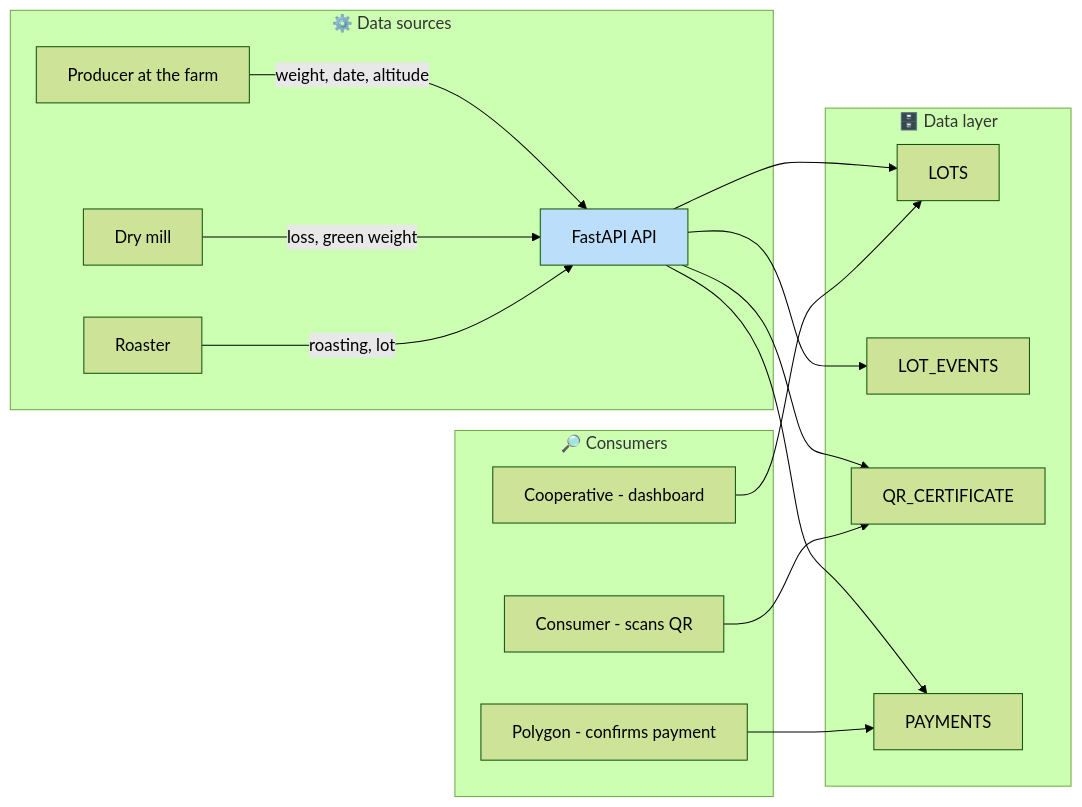
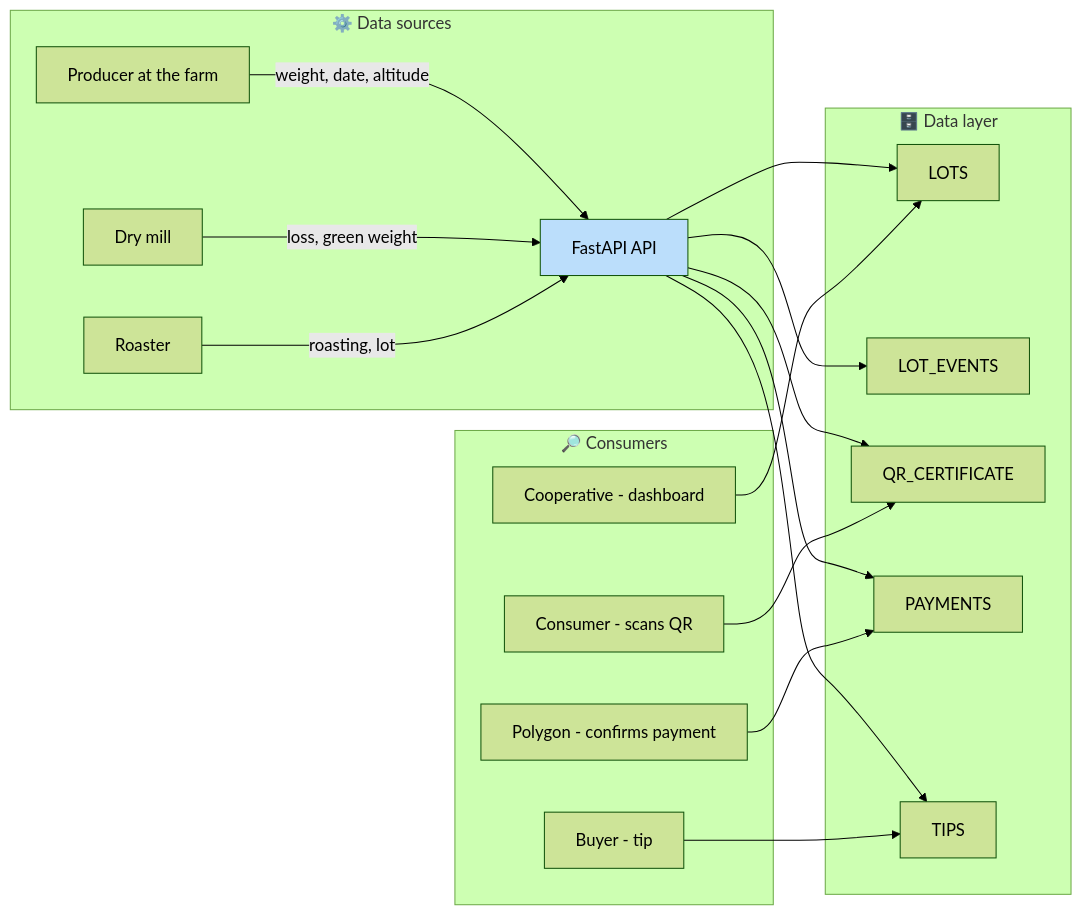
One commit to FerLpz55/BeanTrust changed the fifth of 11 diagrams in docs/ARCHITECTURE.en.md. Above: the diagram before and after it, drawn with Mermaid (forest theme). The commit also changed other lines of this file and 93 other files, not shown here.

````diff
--- a/docs/ARCHITECTURE.en.md
+++ b/docs/ARCHITECTURE.en.md
@@ -499,24 +582,26 @@
 ```mermaid
 flowchart LR
     subgraph Sources["⚙️ Data sources"]
         A1[Producer at the farm] -->|weight, date, altitude| A
         A2[Dry mill] -->|loss, green weight| A
         A3[Roaster] -->|roasting, lot| A
     end
 
     subgraph Storage [🗄️ Data layer]
         A[FastAPI API]
         A --> LOT[LOTS]
         A --> EVEN[LOT_EVENTS]
         A --> QR[QR_CERTIFICATE]
         A --> PAY[PAYMENTS]
+        A --> TIP[TIPS]
     end
 
     subgraph Consumers [🔎 Consumers]
         B1[Cooperative - dashboard] --> LOT
         B2[Consumer - scans QR] --> QR
-        B3[Polygon - confirms payment] --> PAY
+        B3[Buyer - tip] --> TIP
+        B4[Polygon - confirms payment] --> PAY
     end
 
     style A fill:#bbdefb
 ```
````
